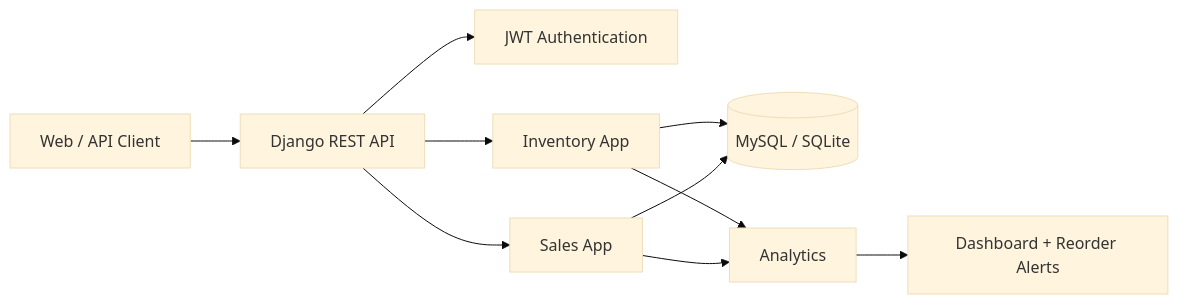
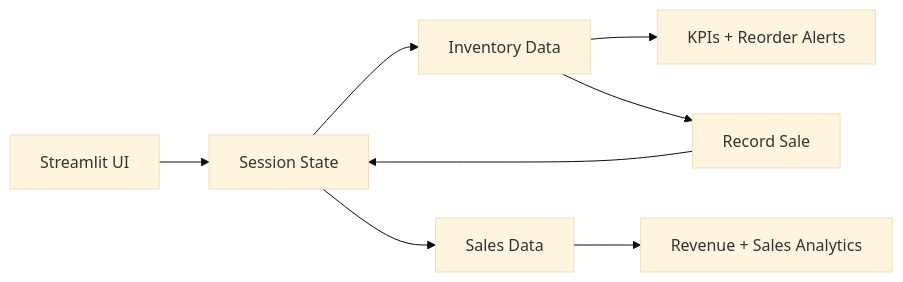
One commit to ankitha768/smart-store-inventory-analytics changed the diagram in README.md. Above: the diagram before and after it, drawn with Mermaid (base theme). The commit also changed other lines of this file, not shown here.

Commit message:
Document Streamlit deployment and project structure

````diff
--- a/README.md
+++ b/README.md
@@ -17,12 +66,10 @@
 ```mermaid
 flowchart LR
-A[Web / API Client] --> B[Django REST API]
-B --> C[JWT Authentication]
-B --> D[Inventory App]
-B --> E[Sales App]
-D --> F[(MySQL / SQLite)]
-E --> F
-D --> G[Analytics]
-E --> G
-G --> H[Dashboard + Reorder Alerts]
+A[Streamlit UI] --> B[Session State]
+B --> C[Inventory Data]
+B --> D[Sales Data]
+C --> E[KPIs + Reorder Alerts]
+D --> F[Revenue + Sales Analytics]
+C --> G[Record Sale]
+G --> B
 ```
````
